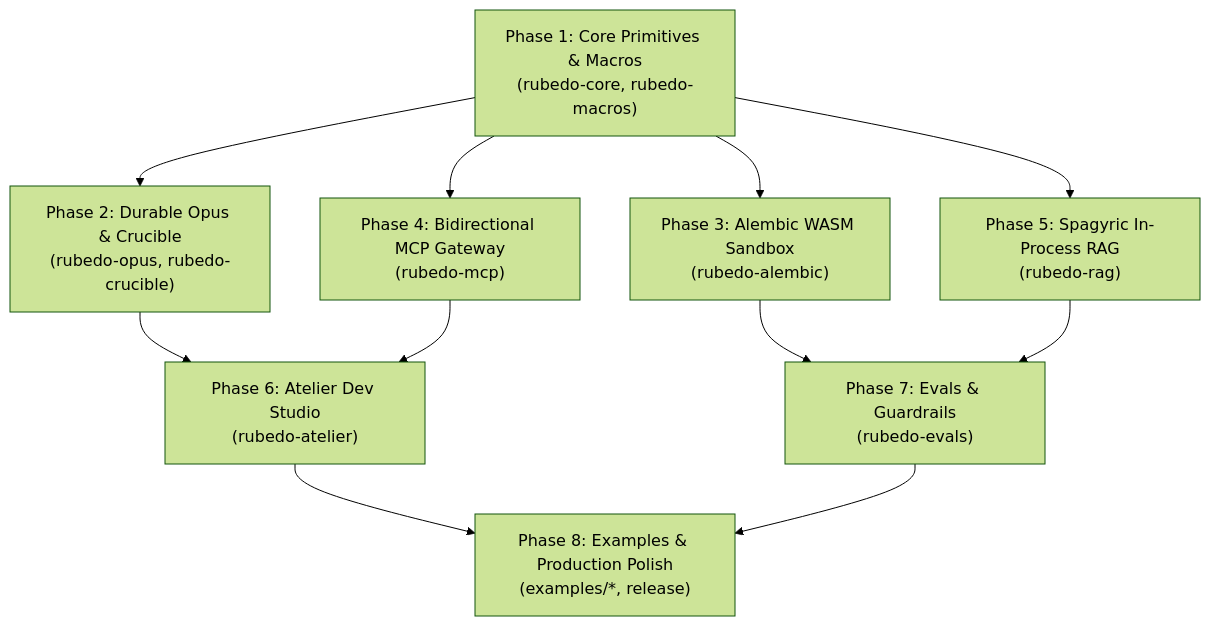
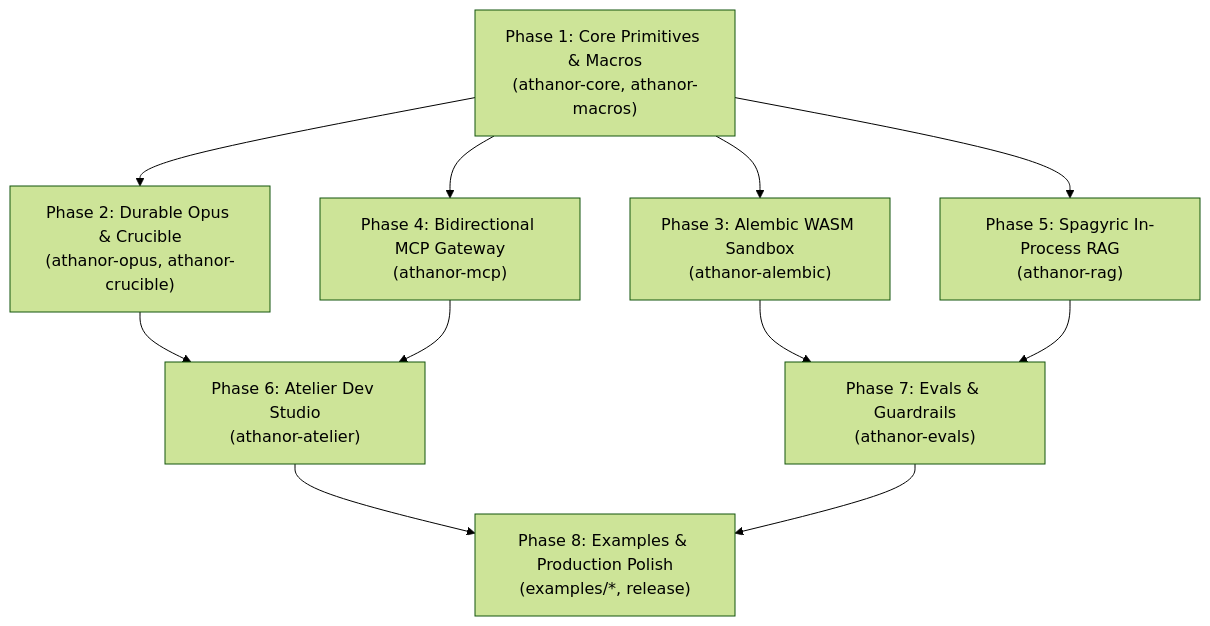
One commit to pinguxx/athanor changed the diagram in IMPLEMENTATION_PLAN.md. Above: the diagram before and after it, drawn with Mermaid (forest theme). The commit also changed other lines of this file and 199 other files, not shown here.

````diff
--- a/IMPLEMENTATION_PLAN.md
+++ b/IMPLEMENTATION_PLAN.md
@@ -9,22 +9,22 @@
 ```mermaid
 flowchart TD
-    Phase1["Phase 1: Core Primitives & Macros<br/>(rubedo-core, rubedo-macros)"]
-    Phase2["Phase 2: Durable Opus & Crucible<br/>(rubedo-opus, rubedo-crucible)"]
-    Phase3["Phase 3: Alembic WASM Sandbox<br/>(rubedo-alembic)"]
-    Phase4["Phase 4: Bidirectional MCP Gateway<br/>(rubedo-mcp)"]
-    Phase5["Phase 5: Spagyric In-Process RAG<br/>(rubedo-rag)"]
-    Phase6["Phase 6: Atelier Dev Studio<br/>(rubedo-atelier)"]
-    Phase7["Phase 7: Evals & Guardrails<br/>(rubedo-evals)"]
+    Phase1["Phase 1: Core Primitives & Macros<br/>(athanor-core, athanor-macros)"]
+    Phase2["Phase 2: Durable Opus & Crucible<br/>(athanor-opus, athanor-crucible)"]
+    Phase3["Phase 3: Alembic WASM Sandbox<br/>(athanor-alembic)"]
+    Phase4["Phase 4: Bidirectional MCP Gateway<br/>(athanor-mcp)"]
+    Phase5["Phase 5: Spagyric In-Process RAG<br/>(athanor-rag)"]
+    Phase6["Phase 6: Atelier Dev Studio<br/>(athanor-atelier)"]
+    Phase7["Phase 7: Evals & Guardrails<br/>(athanor-evals)"]
     Phase8["Phase 8: Examples & Production Polish<br/>(examples/*, release)"]
 
     Phase1 --> Phase2
     Phase1 --> Phase3
     Phase1 --> Phase4
     Phase1 --> Phase5
     Phase2 --> Phase6
     Phase3 --> Phase7
     Phase4 --> Phase6
     Phase5 --> Phase7
     Phase6 --> Phase8
     Phase7 --> Phase8
 ```
````
